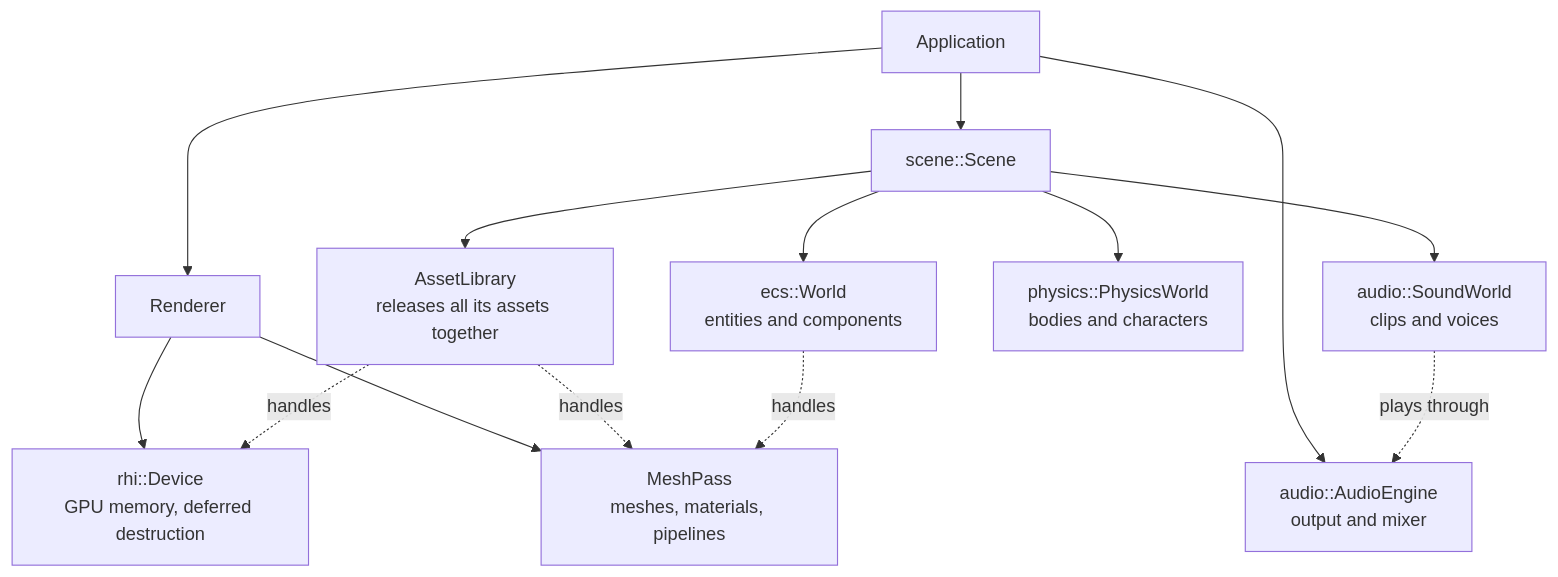
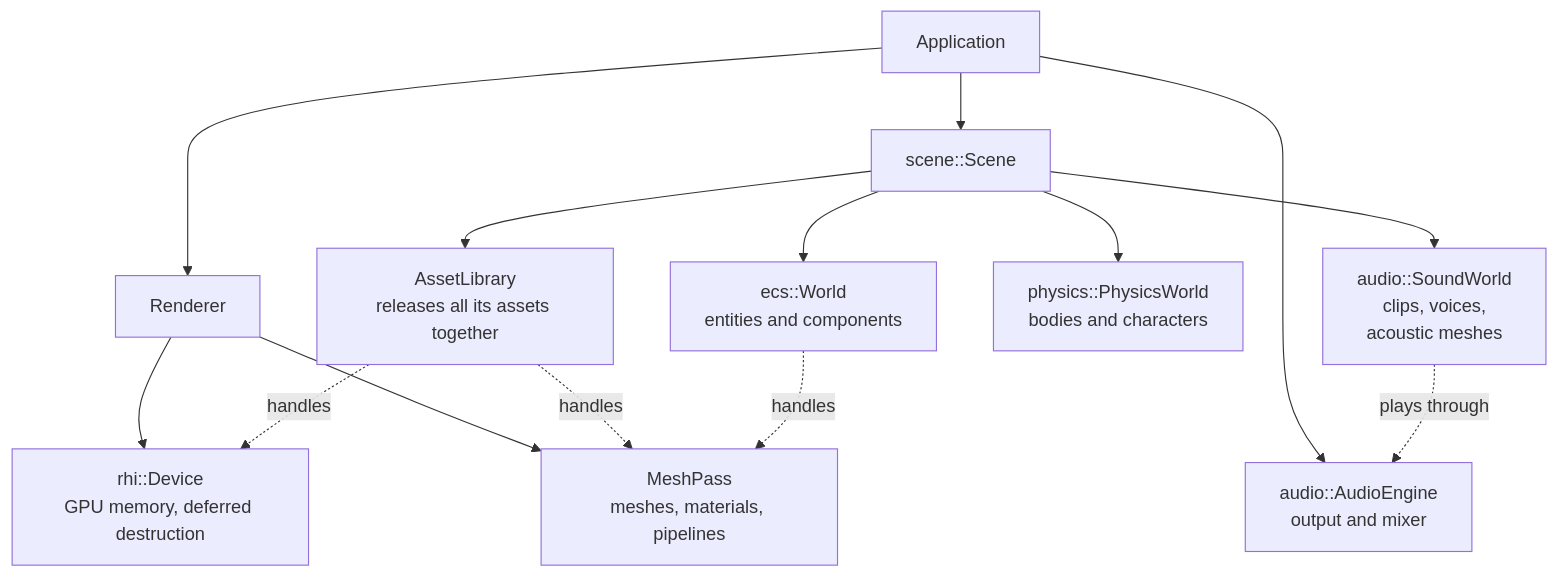
One commit to SBXdev3D/daidalos-engine-next changed the seventh of 14 diagrams in docs/ARCHITECTURE.md. Above: the diagram before and after it, drawn with Mermaid. The commit also changed other lines of this file and 14 other files, not shown here.

````diff
--- a/docs/ARCHITECTURE.md
+++ b/docs/ARCHITECTURE.md
@@ -154,16 +154,16 @@
 ```mermaid
 flowchart TD
     App["Application"] --> Renderer
     Renderer --> Device["rhi::Device<br/>GPU memory, deferred destruction"]
     Renderer --> MeshPass["MeshPass<br/>meshes, materials, pipelines"]
     App --> Scene["scene::Scene"]
     Scene --> Library["AssetLibrary<br/>releases all its assets together"]
     Scene --> World["ecs::World<br/>entities and components"]
     Scene --> Physics["physics::PhysicsWorld<br/>bodies and characters"]
-    Scene --> Sounds["audio::SoundWorld<br/>clips and voices"]
+    Scene --> Sounds["audio::SoundWorld<br/>clips, voices,<br/>acoustic meshes"]
     App --> Audio["audio::AudioEngine<br/>output and mixer"]
     Sounds -. "plays through" .-> Audio
     Library -. "handles" .-> MeshPass
     Library -. "handles" .-> Device
     World -. "handles" .-> MeshPass
 ```
````
